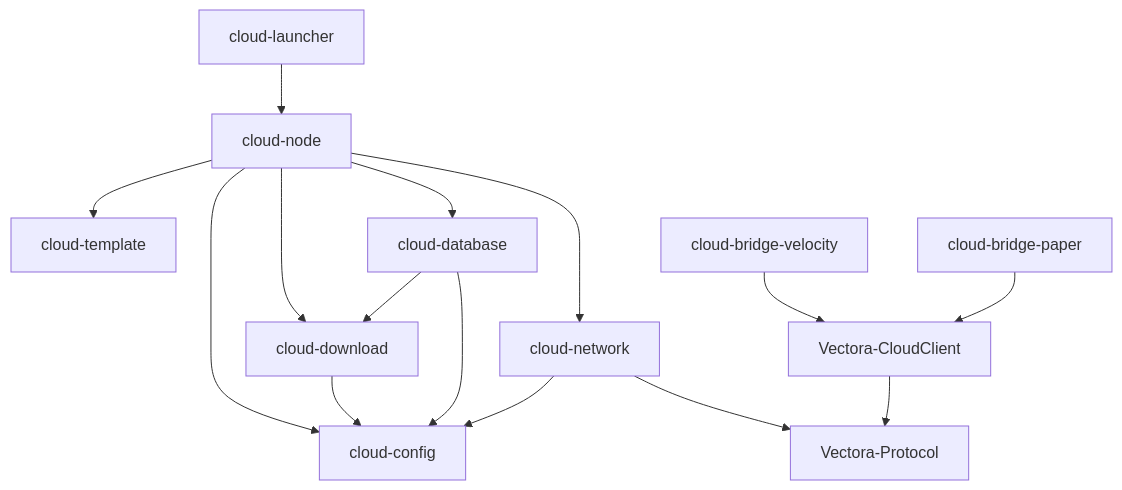
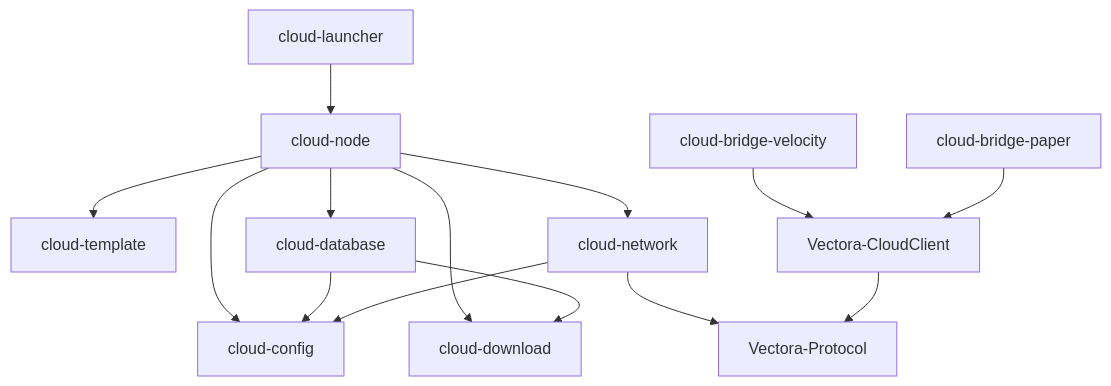
One commit to VectoDE/VectolynCloud changed the diagram in docs/cloud/architecture.md. Above: the diagram before and after it, drawn with Mermaid. The commit also changed other lines of this file and 122 other files, not shown here.

````diff
--- a/docs/cloud/architecture.md
+++ b/docs/cloud/architecture.md
@@ -31,17 +31,16 @@
 ```mermaid
 graph TD
     launcher[cloud-launcher] --> node[cloud-node]
     node --> config[cloud-config]
     node --> template[cloud-template]
     node --> download[cloud-download]
     node --> network[cloud-network]
     node --> database[cloud-database]
-    download --> config
     database --> config
     database --> download
     network --> config
     network --> protocol[Vectora-Protocol]
     client[Vectora-CloudClient] --> protocol
     bvel[cloud-bridge-velocity] --> client
     bpap[cloud-bridge-paper] --> client
 ```
````
